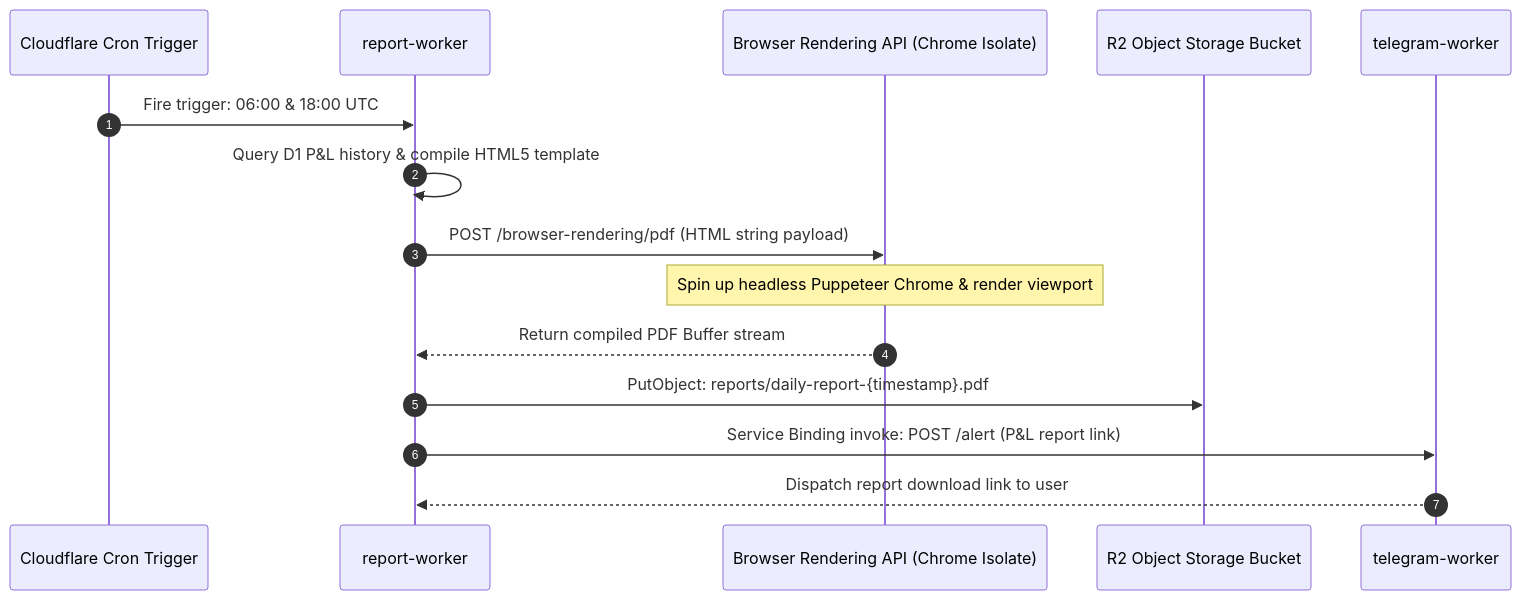
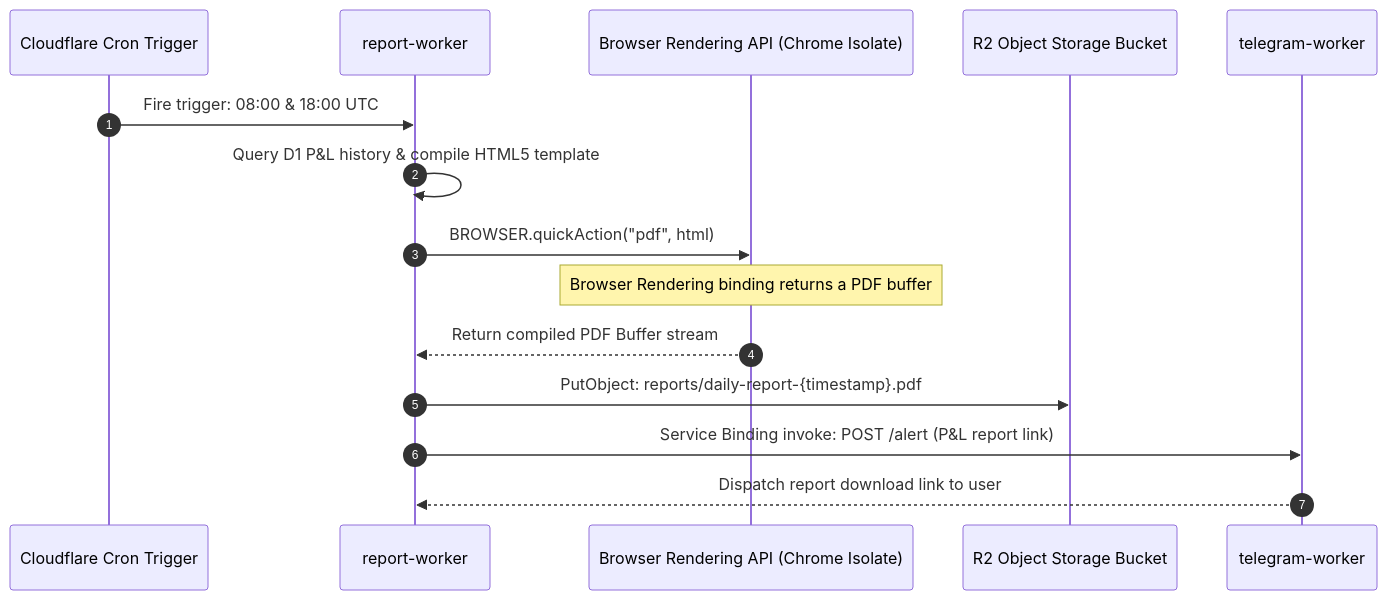
The third of 6 diagrams in docs/devops/architecture/data-flow.mdx (gitlqhlin/hoox), drawn with Mermaid before and after one commit. The commit also changed other lines of this file and 42 other files, not shown here.

````diff
--- a/docs/devops/architecture/data-flow.mdx
+++ b/docs/devops/architecture/data-flow.mdx
@@ -104,18 +104,18 @@
 ```mermaid
 sequenceDiagram
     autonumber
     participant Cron as Cloudflare Cron Trigger
     participant RP as report-worker
     participant BR as Browser Rendering API (Chrome Isolate)
     participant R2 as R2 Object Storage Bucket
     participant TG as telegram-worker
 
-    Cron->>RP: Fire trigger: 06:00 & 18:00 UTC
+    Cron->>RP: Fire trigger: 08:00 & 18:00 UTC
     RP->>RP: Query D1 P&L history & compile HTML5 template
-    RP->>BR: POST /browser-rendering/pdf (HTML string payload)
-    Note over BR: Spin up headless Puppeteer Chrome & render viewport
+    RP->>BR: BROWSER.quickAction("pdf", html)
+    Note over BR: Browser Rendering binding returns a PDF buffer
     BR-->>RP: Return compiled PDF Buffer stream
     RP->>R2: PutObject: reports/daily-report-{timestamp}.pdf
     RP->>TG: Service Binding invoke: POST /alert (P&L report link)
     TG-->>RP: Dispatch report download link to user
 ```
````
